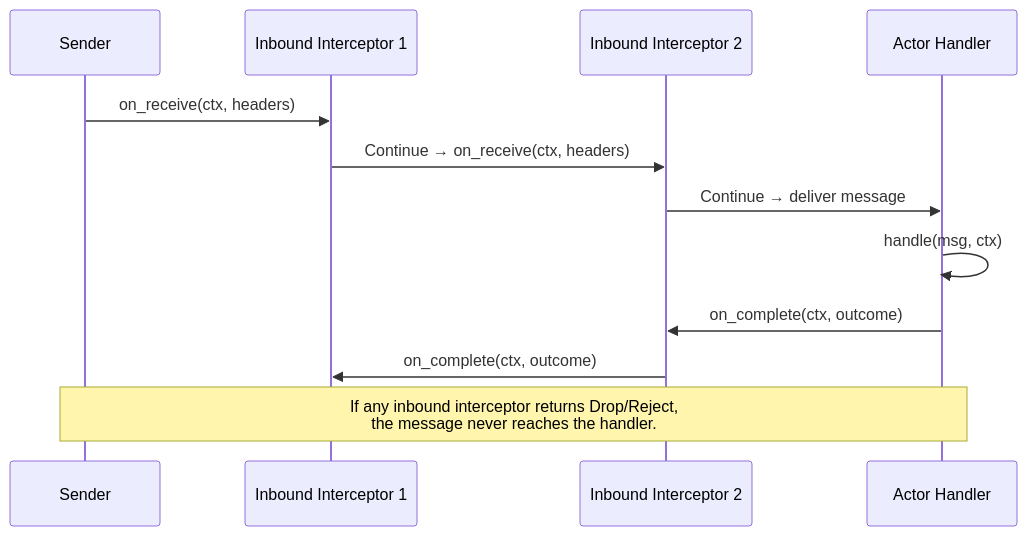
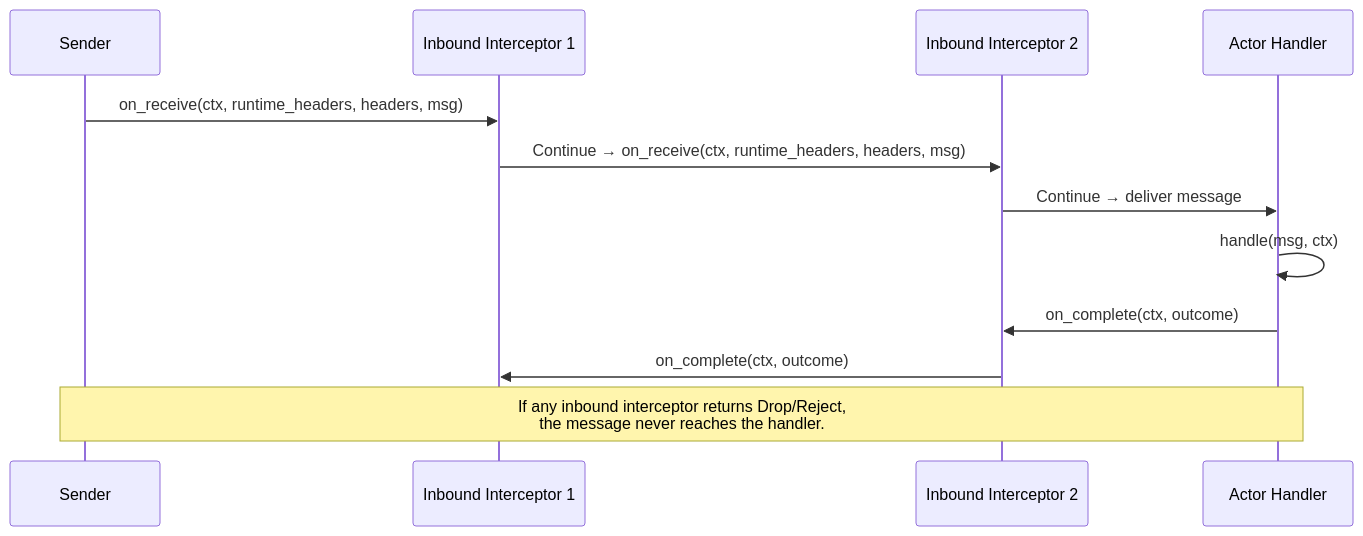
One commit to ditas-team/dactor changed diagram 13 of 43 in docs/design-v0.2.md. Above: the diagram before and after it, drawn with Mermaid. The commit also changed other lines of this file, not shown here.

````diff
--- a/docs/design-v0.2.md
+++ b/docs/design-v0.2.md
@@ -2512,16 +2556,16 @@
 ```mermaid
 sequenceDiagram
     participant S as Sender
     participant I1 as Inbound Interceptor 1
     participant I2 as Inbound Interceptor 2
     participant A as Actor Handler
     
-    S->>I1: on_receive(ctx, headers)
-    I1->>I2: Continue → on_receive(ctx, headers)
+    S->>I1: on_receive(ctx, runtime_headers, headers, msg)
+    I1->>I2: Continue → on_receive(ctx, runtime_headers, headers, msg)
     I2->>A: Continue → deliver message
     A->>A: handle(msg, ctx)
     A->>I2: on_complete(ctx, outcome)
     I2->>I1: on_complete(ctx, outcome)
     
     Note over S,A: If any inbound interceptor returns Drop/Reject,<br/>the message never reaches the handler.
 ```
````
